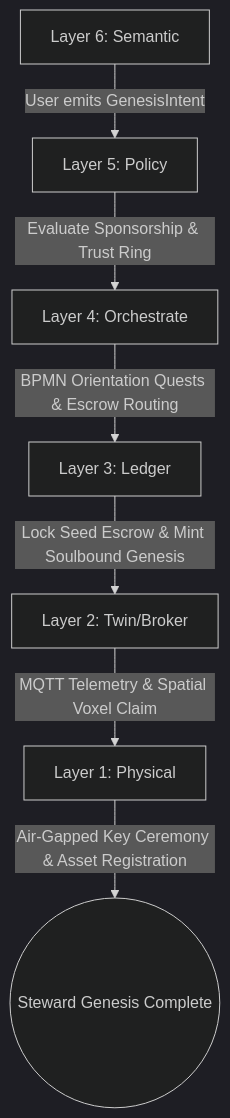
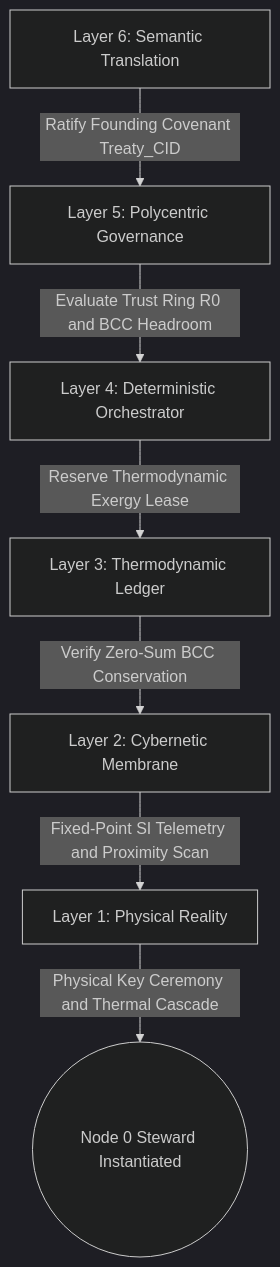
The diagram in docs/scenarios/tau_genesis.md (raffaine/collective), drawn with Mermaid (dark theme) before and after one commit. The commit also changed other lines of this file and 23 other files, not shown here.

````diff
--- a/docs/scenarios/tau_genesis.md
+++ b/docs/scenarios/tau_genesis.md
@@ -39,9 +41,9 @@
 ```mermaid
 graph TD
-    L6[Layer 6: Semantic] -->|User emits GenesisIntent| L5[Layer 5: Policy]
-    L5 -->|Evaluate Sponsorship & Trust Ring| L4[Layer 4: Orchestrate]
-    L4 -->|BPMN Orientation Quests & Escrow Routing| L3[Layer 3: Ledger]
-    L3 -->|Lock Seed Escrow & Mint Soulbound Genesis| L2[Layer 2: Twin/Broker]
-    L2 -->|MQTT Telemetry & Spatial Voxel Claim| L1[Layer 1: Physical]
-    L1 -->|Air-Gapped Key Ceremony & Asset Registration| End((Steward Genesis Complete))
+    L6[Layer 6: Semantic Translation] -->|Ratify Founding Covenant Treaty_CID| L5[Layer 5: Polycentric Governance]
+    L5 -->|Evaluate Trust Ring R0 and BCC Headroom| L4[Layer 4: Deterministic Orchestrator]
+    L4 -->|Reserve Thermodynamic Exergy Lease| L3[Layer 3: Thermodynamic Ledger]
+    L3 -->|Verify Zero-Sum BCC Conservation| L2[Layer 2: Cybernetic Membrane]
+    L2 -->|Fixed-Point SI Telemetry and Proximity Scan| L1[Layer 1: Physical Reality]
+    L1 -->|Physical Key Ceremony and Thermal Cascade| End((Node 0 Steward Instantiated))
 ```
````
